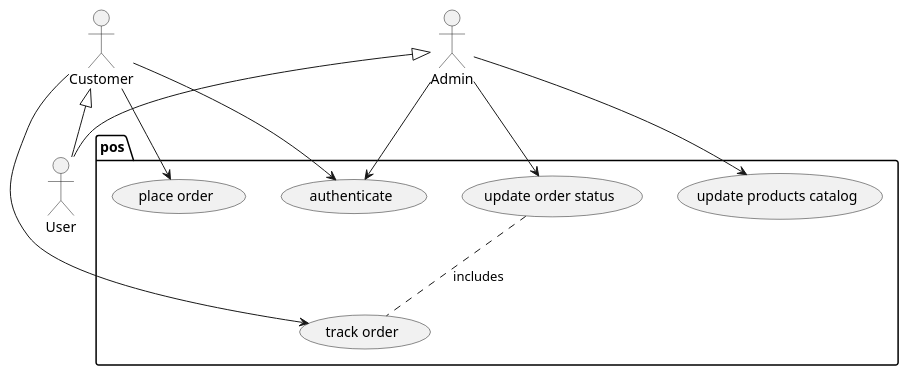
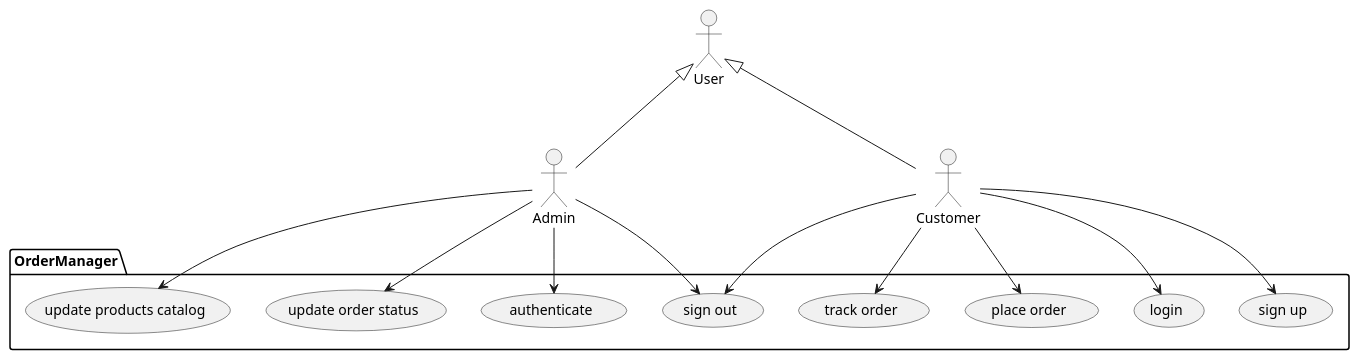
The diagram in uml/use_case.wsd (treamy1/order_management_system), drawn with PlantUML before and after one commit.

Commit message:
Updated Use-Case Diagram

```diff
--- a/uml/use_case.wsd
+++ b/uml/use_case.wsd
@@ -1,19 +1,21 @@
 @startuml Use-Case Diagram
 :User:
+:Admin:
 :Customer:
-:Admin:
 
-Admin <|-- User
-Customer <|-- User
+User <|-- Admin
+User <|-- Customer
 
-package pos{
-Customer --> (authenticate)
+package OrderManager{
+Admin --> (authenticate)
+Admin --> (update order status)
+Admin --> (update products catalog)
+Admin --> (sign out)
+
+Customer --> (sign up)
+Customer --> (login)
 Customer --> (place order)
 Customer --> (track order)
-
-Admin --> (authenticate)
-Admin --> (update order status)
-(update order status) .. (track order) : includes
-Admin --> (update products catalog)
+Customer --> (sign out)
 }
 @enduml
```
